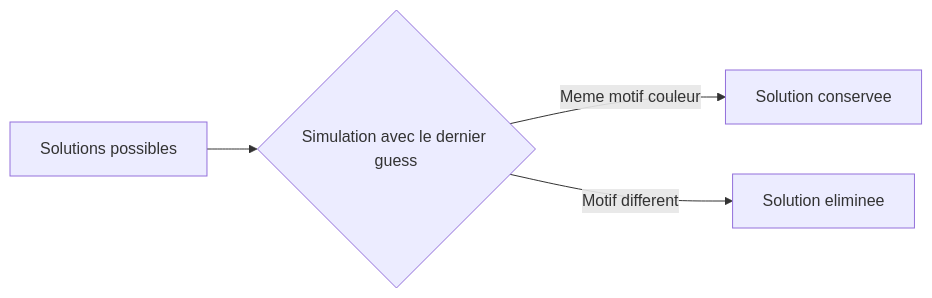
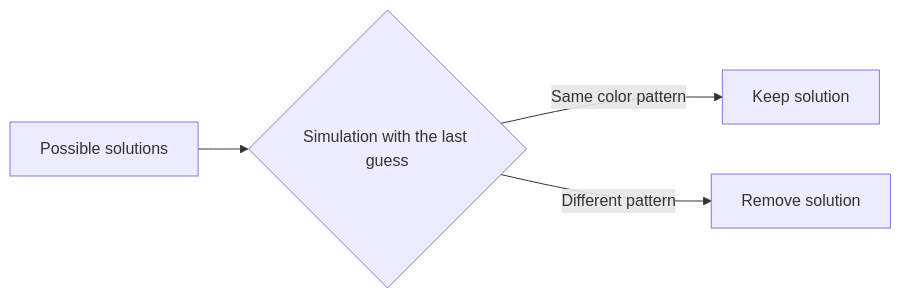
Before and after one commit to Miglemus/Wordle: the second of 3 diagrams in README.md, drawn with Mermaid. The commit also changed other lines of this file and 4 other files, not shown here.

````diff
--- a/README.md
+++ b/README.md
@@ -138,6 +137,6 @@
 ```mermaid
 flowchart LR
-    A[Solutions possibles] --> B{Simulation avec le dernier guess}
-    B -->|Meme motif couleur| C[Solution conservee]
-    B -->|Motif different| D[Solution eliminee]
+    A[Possible solutions] --> B{Simulation with the last guess}
+    B -->|Same color pattern| C[Keep solution]
+    B -->|Different pattern| D[Remove solution]
 ```
````
